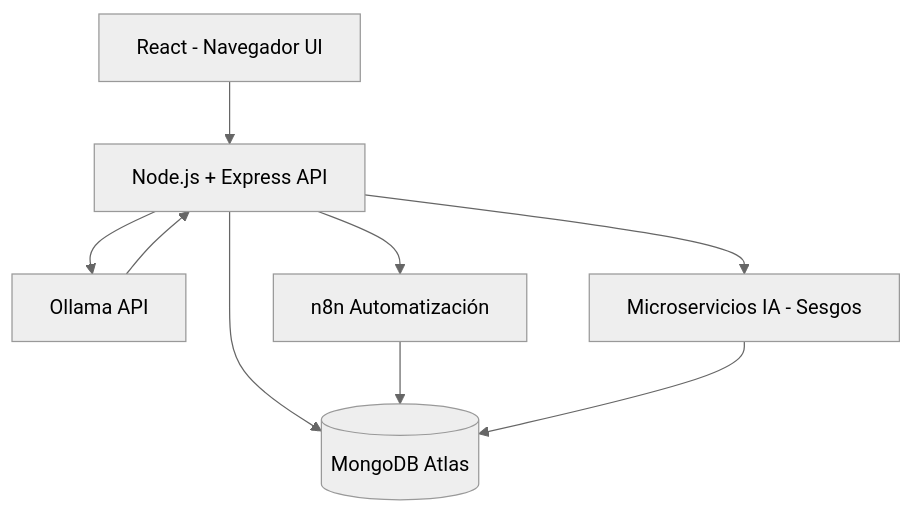
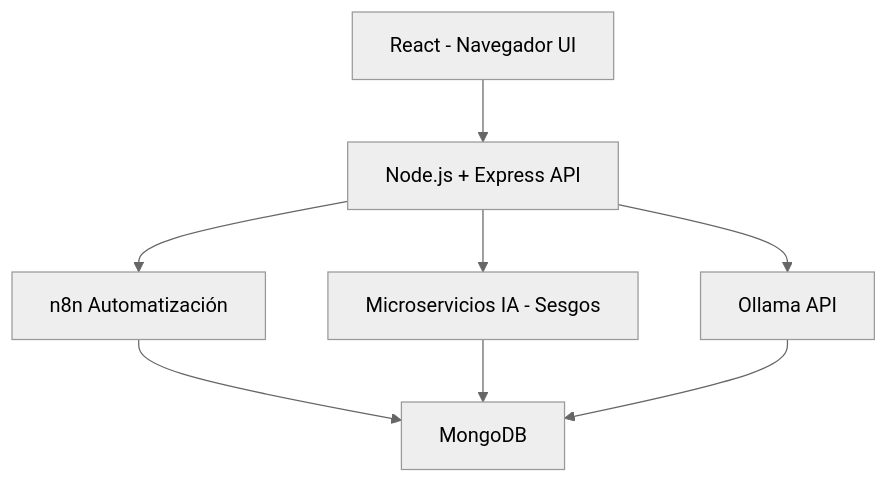
One commit to Nilton-Lazo/proyecto-mern-ia changed the diagram in README.md. Above: the diagram before and after it, drawn with Mermaid (neutral theme).

Commit message:
feat(README): Actualizar diagrama
Updated service connections in the architecture diagram.

````diff
--- a/README.md
+++ b/README.md
@@ -49,13 +49,12 @@
 ```mermaid 
 flowchart TD
   UI[React - Navegador UI] --> Backend[Node.js + Express API]
 
   Backend --> Ollama[Ollama API]
   Backend --> Sesgos[Microservicios IA - Sesgos]
   Backend --> n8n[n8n Automatización]
-  Backend --> MongoDB[(MongoDB Atlas)]
 
   n8n --> MongoDB
   Sesgos --> MongoDB
-  Ollama --> Backend 
+  Ollama --> MongoDB
 ```
````
